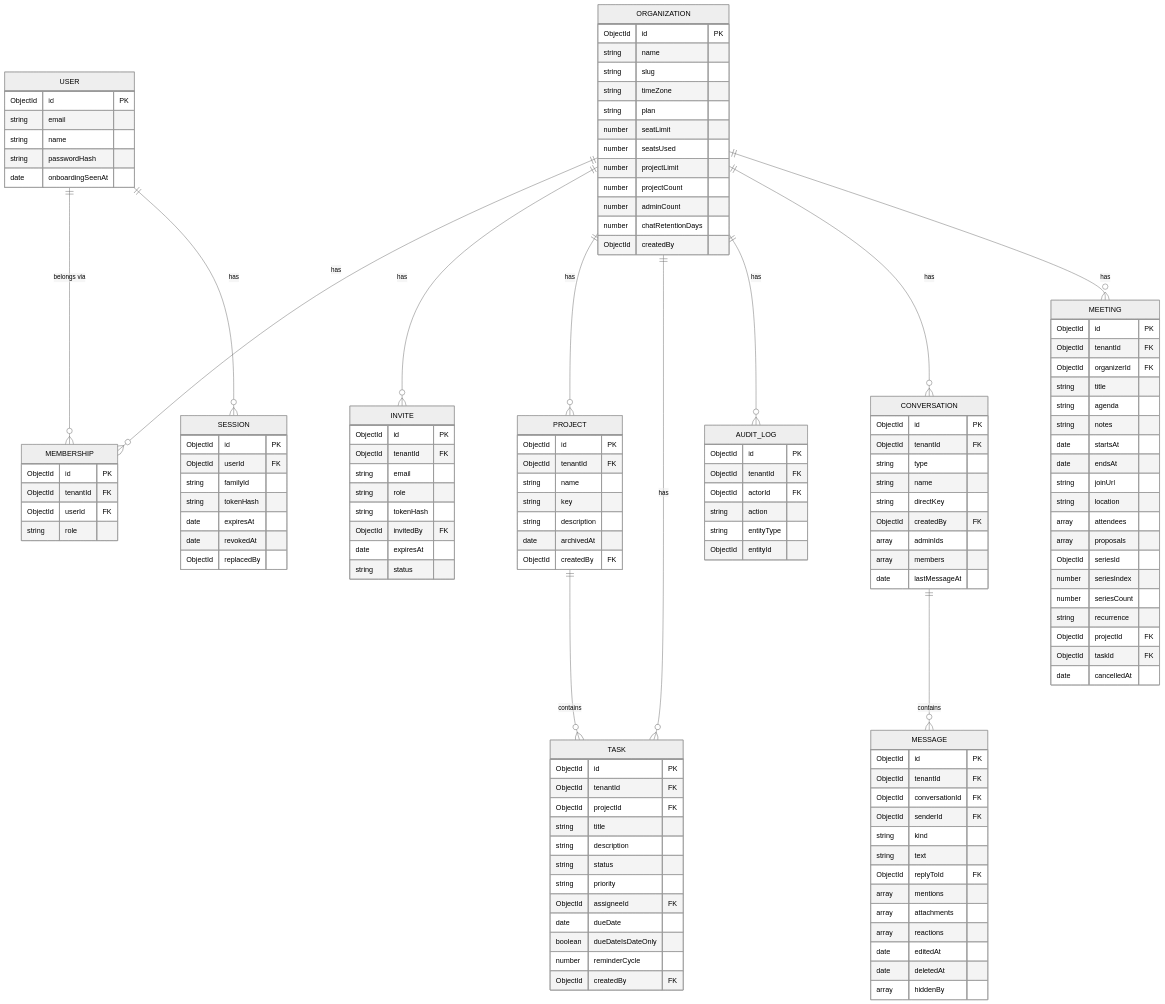
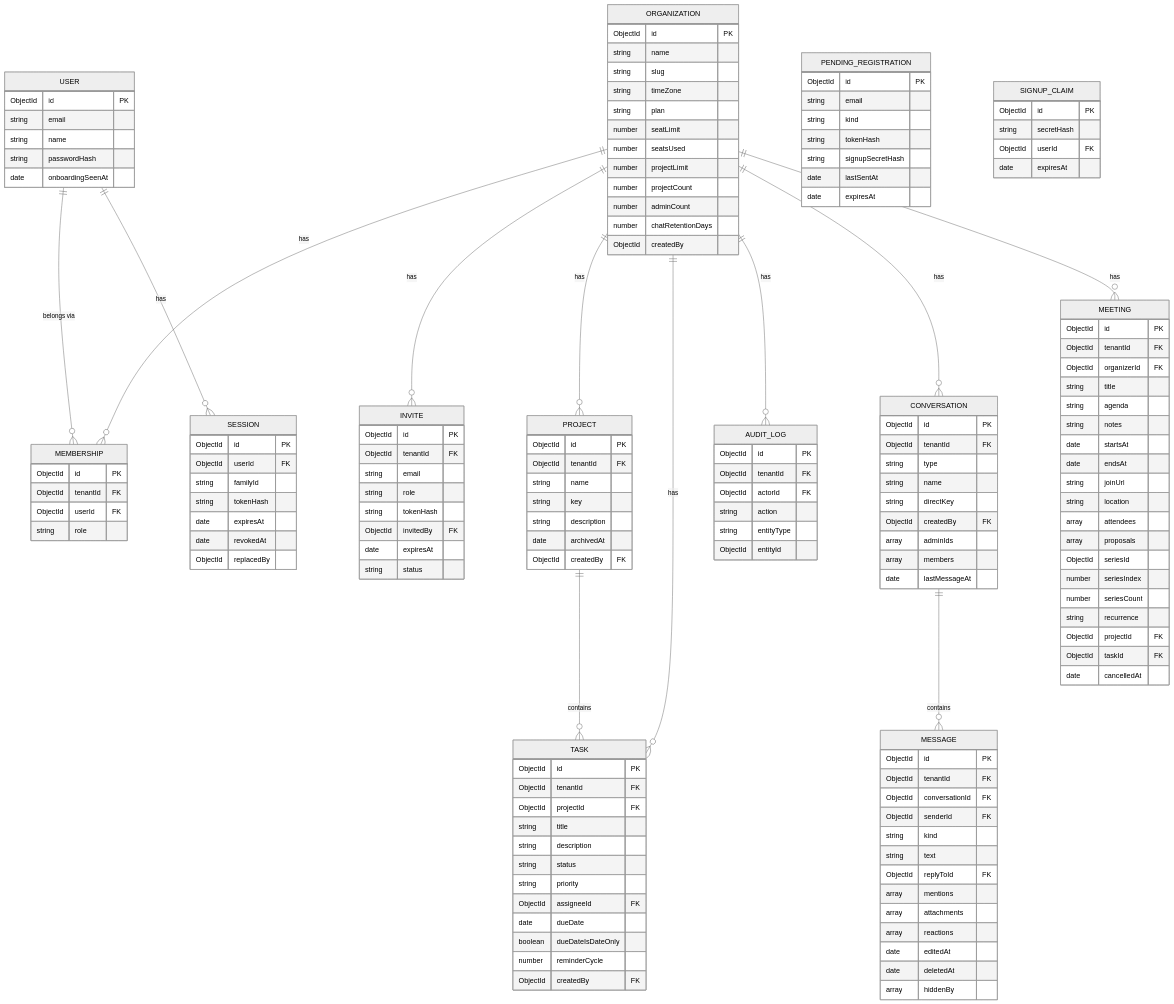
One commit to sprahasingh/WorkNest changed the diagram in docs/data-model.mmd. Above: the diagram before and after it, drawn with Mermaid (neutral theme). The commit also changed 45 other files, not shown here.

```diff
--- a/docs/data-model.mmd
+++ b/docs/data-model.mmd
@@ -1,137 +1,152 @@
 erDiagram
     ORGANIZATION ||--o{ MEMBERSHIP : "has"
     ORGANIZATION ||--o{ INVITE : "has"
     ORGANIZATION ||--o{ PROJECT : "has"
     ORGANIZATION ||--o{ TASK : "has"
     ORGANIZATION ||--o{ AUDIT_LOG : "has"
     USER ||--o{ MEMBERSHIP : "belongs via"
     USER ||--o{ SESSION : "has"
     PROJECT ||--o{ TASK : "contains"
     ORGANIZATION ||--o{ CONVERSATION : "has"
     CONVERSATION ||--o{ MESSAGE : "contains"
     ORGANIZATION ||--o{ MEETING : "has"
 
     ORGANIZATION {
         ObjectId id PK
         string name
         string slug
         string timeZone
         string plan
         number seatLimit
         number seatsUsed
         number projectLimit
         number projectCount
         number adminCount
         number chatRetentionDays
         ObjectId createdBy
     }
     USER {
         ObjectId id PK
         string email
         string name
         string passwordHash
         date onboardingSeenAt
+    }
+    PENDING_REGISTRATION {
+        ObjectId id PK
+        string email
+        string kind
+        string tokenHash
+        string signupSecretHash
+        date lastSentAt
+        date expiresAt
+    }
+    SIGNUP_CLAIM {
+        ObjectId id PK
+        string secretHash
+        ObjectId userId FK
+        date expiresAt
     }
     SESSION {
         ObjectId id PK
         ObjectId userId FK
         string familyId
         string tokenHash
         date expiresAt
         date revokedAt
         ObjectId replacedBy
     }
     MEMBERSHIP {
         ObjectId id PK
         ObjectId tenantId FK
         ObjectId userId FK
         string role
     }
     INVITE {
         ObjectId id PK
         ObjectId tenantId FK
         string email
         string role
         string tokenHash
         ObjectId invitedBy FK
         date expiresAt
         string status
     }
     PROJECT {
         ObjectId id PK
         ObjectId tenantId FK
         string name
         string key
         string description
         date archivedAt
         ObjectId createdBy FK
     }
     TASK {
         ObjectId id PK
         ObjectId tenantId FK
         ObjectId projectId FK
         string title
         string description
         string status
         string priority
         ObjectId assigneeId FK
         date dueDate
         boolean dueDateIsDateOnly
         number reminderCycle
         ObjectId createdBy FK
     }
     AUDIT_LOG {
         ObjectId id PK
         ObjectId tenantId FK
         ObjectId actorId FK
         string action
         string entityType
         ObjectId entityId
     }
     CONVERSATION {
         ObjectId id PK
         ObjectId tenantId FK
         string type
         string name
         string directKey
         ObjectId createdBy FK
         array adminIds
         array members
         date lastMessageAt
     }
     MESSAGE {
         ObjectId id PK
         ObjectId tenantId FK
         ObjectId conversationId FK
         ObjectId senderId FK
         string kind
         string text
         ObjectId replyToId FK
         array mentions
         array attachments
         array reactions
         date editedAt
         date deletedAt
         array hiddenBy
     }
     MEETING {
         ObjectId id PK
         ObjectId tenantId FK
         ObjectId organizerId FK
         string title
         string agenda
         string notes
         date startsAt
         date endsAt
         string joinUrl
         string location
         array attendees
         array proposals
         ObjectId seriesId
         number seriesIndex
         number seriesCount
         string recurrence
         ObjectId projectId FK
         ObjectId taskId FK
         date cancelledAt
     }
```
